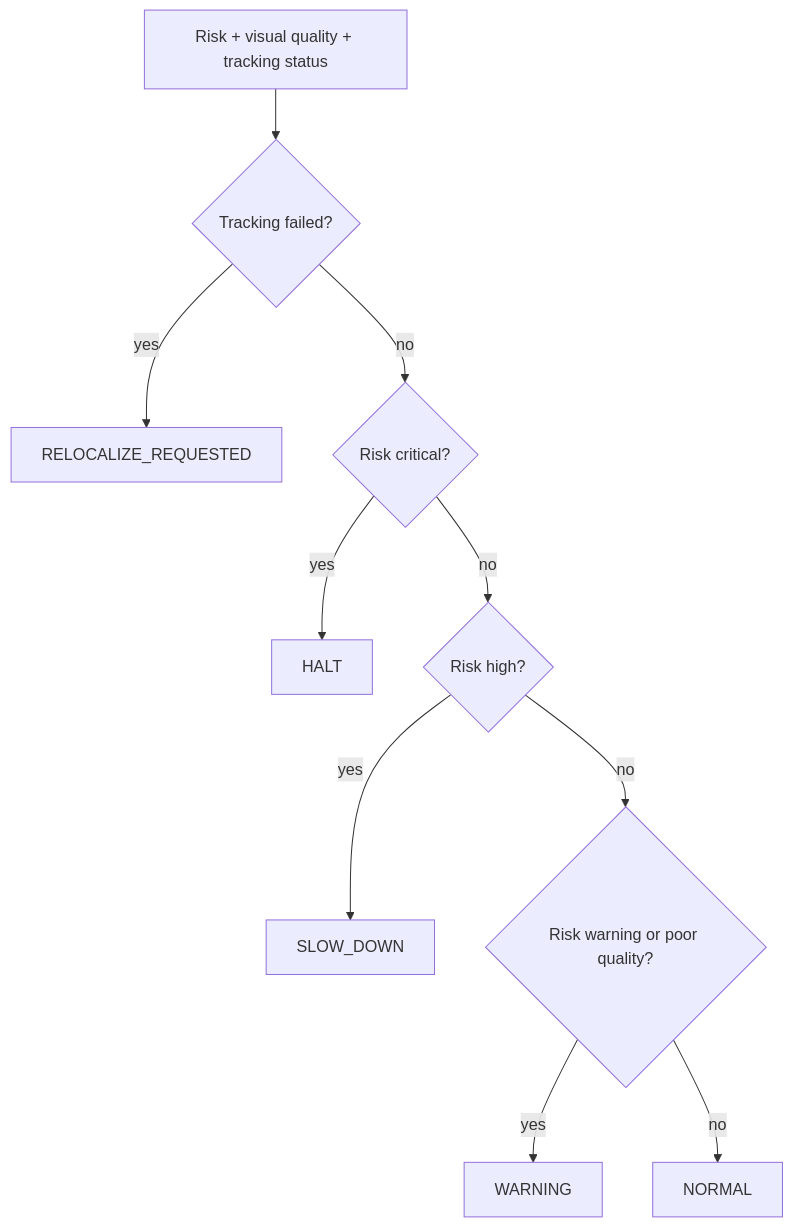
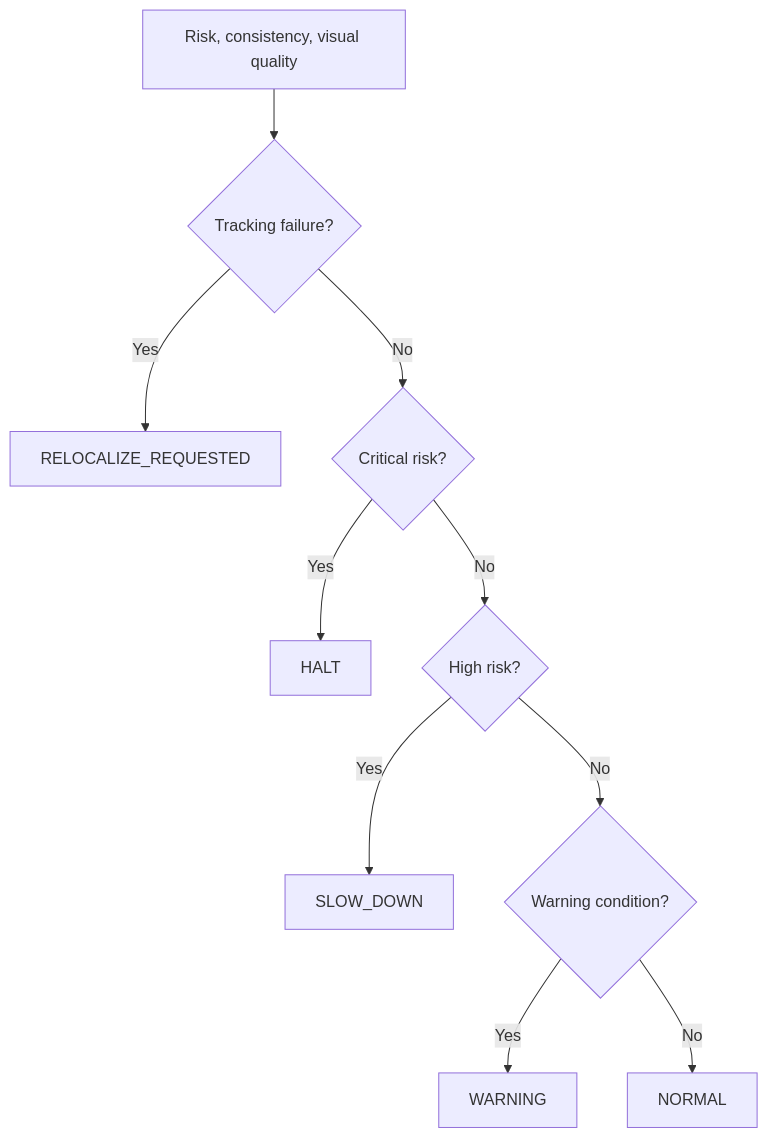
The second of 2 diagrams in README.md (panagiotagrosdouli/SHIELD-VIO), drawn with Mermaid before and after one commit. The commit also changed other lines of this file, not shown here.

````diff
--- a/README.md
+++ b/README.md
@@ -114,12 +80,12 @@
 ```mermaid
 flowchart TD
-  R[Risk + visual quality + tracking status] --> A{Tracking failed?}
-  A -- yes --> REL[RELOCALIZE_REQUESTED]
-  A -- no --> B{Risk critical?}
-  B -- yes --> HALT[HALT]
-  B -- no --> C{Risk high?}
-  C -- yes --> SLOW[SLOW_DOWN]
-  C -- no --> D{Risk warning or poor quality?}
-  D -- yes --> WARN[WARNING]
-  D -- no --> NOM[NORMAL]
+    R[Risk, consistency, visual quality] --> F{Tracking failure?}
+    F -- Yes --> RL[RELOCALIZE_REQUESTED]
+    F -- No --> C{Critical risk?}
+    C -- Yes --> H[HALT]
+    C -- No --> G{High risk?}
+    G -- Yes --> S[SLOW_DOWN]
+    G -- No --> W{Warning condition?}
+    W -- Yes --> A[WARNING]
+    W -- No --> N[NORMAL]
 ```
````
